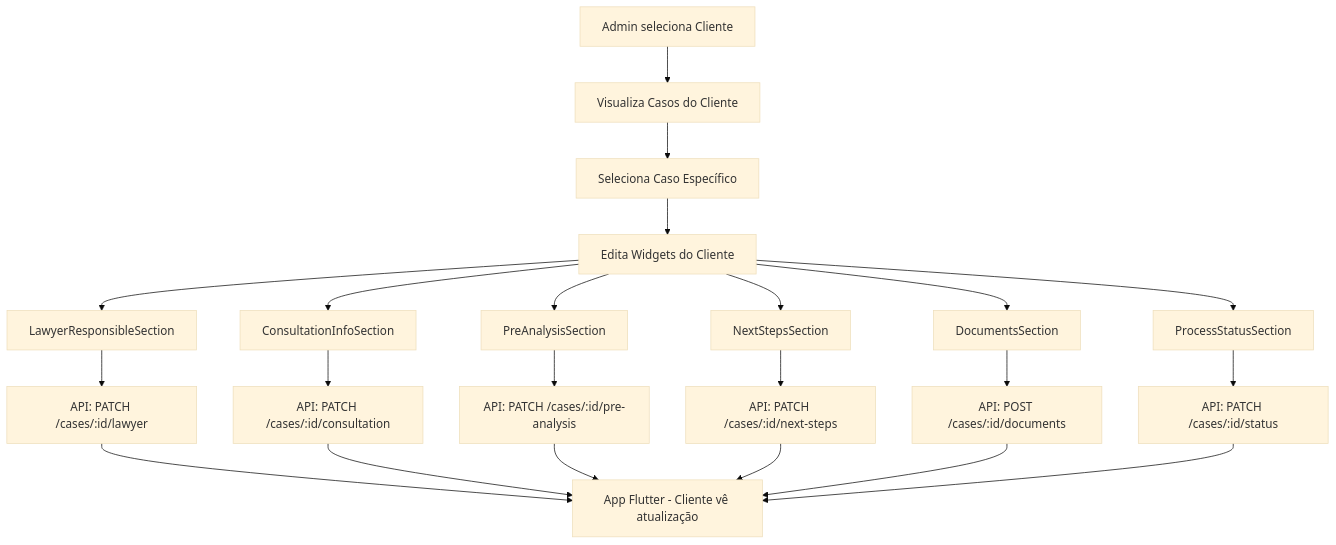
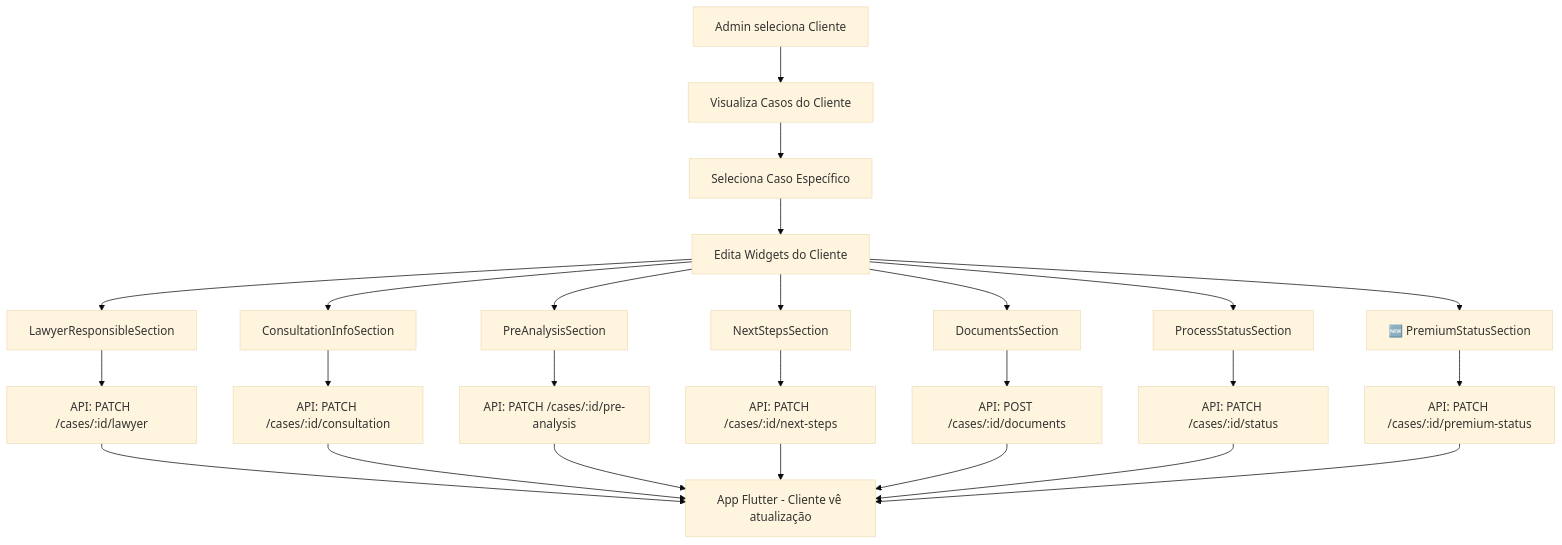
The first of 4 diagrams in docs/CONTROLADORIA_WEB_ADMINISTRATIVA.md (NicholasJacob1990/LITIG), drawn with Mermaid (base theme) before and after one commit. The commit also changed other lines of this file and 363 other files, not shown here.

````diff
--- a/docs/CONTROLADORIA_WEB_ADMINISTRATIVA.md
+++ b/docs/CONTROLADORIA_WEB_ADMINISTRATIVA.md
@@ -355,26 +805,29 @@
 ```mermaid
 graph TD
     A[Admin seleciona Cliente] --> B[Visualiza Casos do Cliente]
     B --> C[Seleciona Caso Específico]
     C --> D[Edita Widgets do Cliente]
     D --> E[LawyerResponsibleSection]
     D --> F[ConsultationInfoSection]
     D --> G[PreAnalysisSection]
     D --> H[NextStepsSection]
     D --> I[DocumentsSection]
     D --> J[ProcessStatusSection]
+    D --> K[🆕 PremiumStatusSection]
     
-    E --> K[API: PATCH /cases/:id/lawyer]
-    F --> L[API: PATCH /cases/:id/consultation]
-    G --> M[API: PATCH /cases/:id/pre-analysis]
-    H --> N[API: PATCH /cases/:id/next-steps]
-    I --> O[API: POST /cases/:id/documents]
-    J --> P[API: PATCH /cases/:id/status]
+    E --> L[API: PATCH /cases/:id/lawyer]
+    F --> M[API: PATCH /cases/:id/consultation]
+    G --> N[API: PATCH /cases/:id/pre-analysis]
+    H --> O[API: PATCH /cases/:id/next-steps]
+    I --> P[API: POST /cases/:id/documents]
+    J --> Q[API: PATCH /cases/:id/status]
+    K --> R[API: PATCH /cases/:id/premium-status]
     
-    K --> Q[App Flutter - Cliente vê atualização]
-    L --> Q
-    M --> Q
-    N --> Q
-    O --> Q
-    P --> Q
+    L --> S[App Flutter - Cliente vê atualização]
+    M --> S
+    N --> S
+    O --> S
+    P --> S
+    Q --> S
+    R --> S
 ```
````
